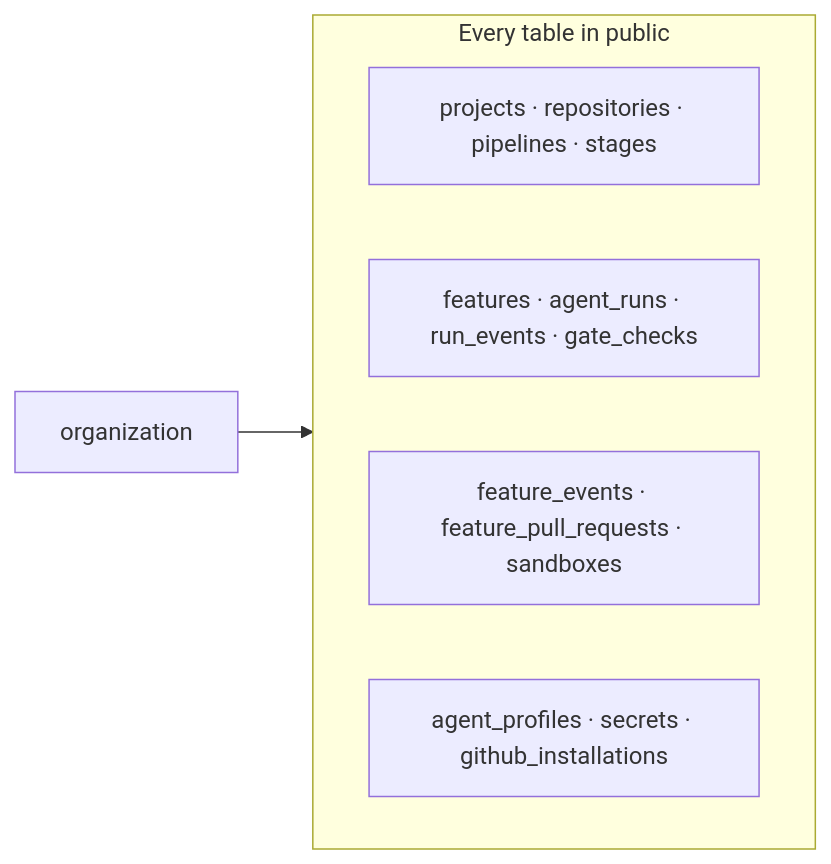
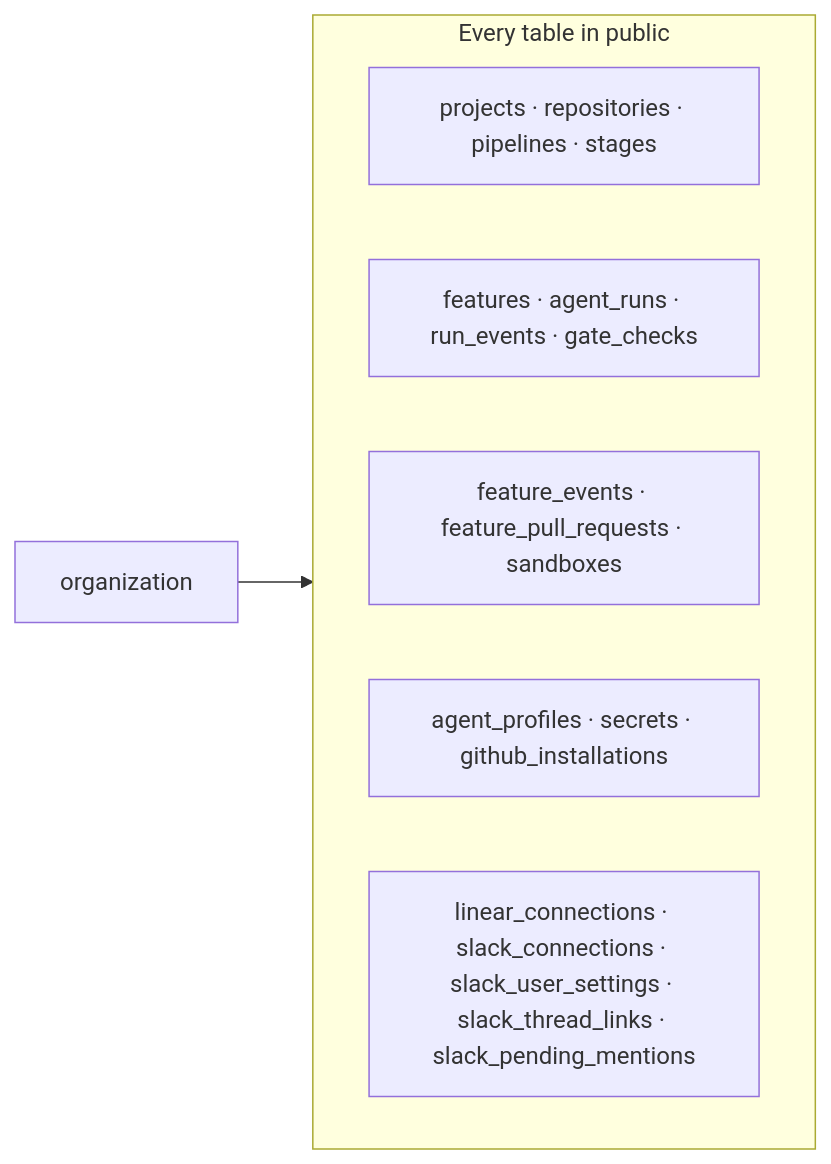
One commit to danielpang/bento changed the third of 3 diagrams in docs/diagrams/database_schema.md. Above: the diagram before and after it, drawn with Mermaid. The commit also changed 36 other files, not shown here.

First line of the commit message:
Add Slack cards that keep their thread in sync with runs and stages

````diff
--- a/docs/diagrams/database_schema.md
+++ b/docs/diagrams/database_schema.md
@@ -256,12 +256,13 @@
 ```mermaid
 flowchart LR
     org["organization"]
     subgraph tagged ["Every table in public"]
         direction LR
         a["projects · repositories · pipelines · stages"]
         b["features · agent_runs · run_events · gate_checks"]
         c["feature_events · feature_pull_requests · sandboxes"]
         d["agent_profiles · secrets · github_installations"]
+        e["linear_connections · slack_connections · slack_user_settings · slack_thread_links · slack_pending_mentions"]
     end
     org --> tagged
 ```
````
